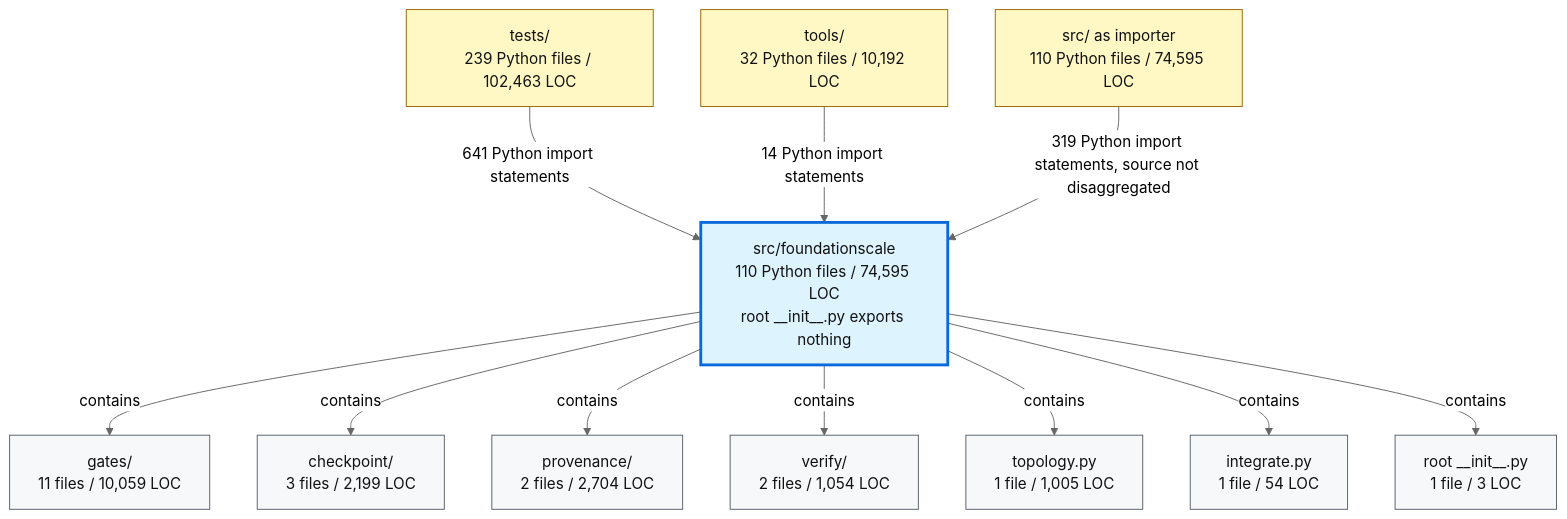
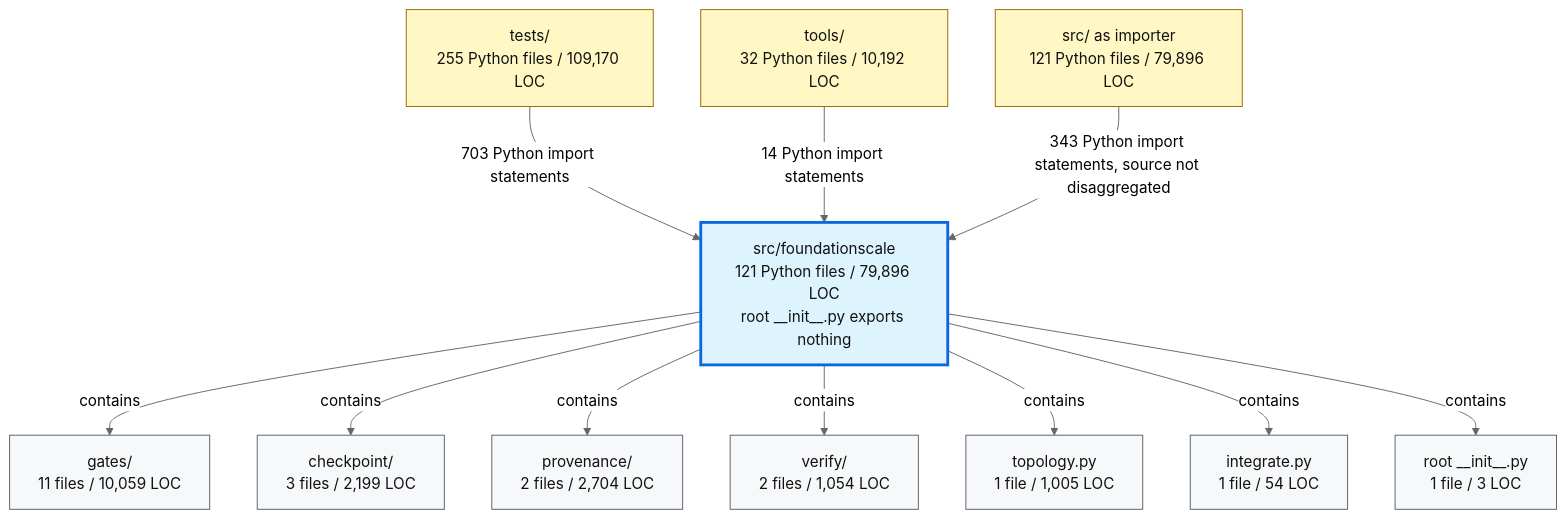
The second of 2 diagrams in docs/review/D2_current_architecture.md (TranNhiem/FoundationScale), drawn with Mermaid (neutral theme) before and after one commit. The commit also changed other lines of this file and 10 other files, not shown here.

````diff
--- a/docs/review/D2_current_architecture.md
+++ b/docs/review/D2_current_architecture.md
@@ -97,36 +97,36 @@
 ```mermaid
 flowchart TB
-  TESTS["tests/<br/>239 Python files / 102,463 LOC"]
+  TESTS["tests/<br/>255 Python files / 109,170 LOC"]
   TOOLS["tools/<br/>32 Python files / 10,192 LOC"]
-  SRC["src/ as importer<br/>110 Python files / 74,595 LOC"]
+  SRC["src/ as importer<br/>121 Python files / 79,896 LOC"]
 
-  FS["src/foundationscale<br/>110 Python files / 74,595 LOC<br/>root __init__.py exports nothing"]
+  FS["src/foundationscale<br/>121 Python files / 79,896 LOC<br/>root __init__.py exports nothing"]
 
   GATES["gates/<br/>11 files / 10,059 LOC"]
   CKPT["checkpoint/<br/>3 files / 2,199 LOC"]
   PROV["provenance/<br/>2 files / 2,704 LOC"]
   VERIFY["verify/<br/>2 files / 1,054 LOC"]
   TOPO["topology.py<br/>1 file / 1,005 LOC"]
   INTEG["integrate.py<br/>1 file / 54 LOC"]
   ROOT["root __init__.py<br/>1 file / 3 LOC"]
 
-  TESTS -->|"641 Python import statements"| FS
+  TESTS -->|"703 Python import statements"| FS
   TOOLS -->|"14 Python import statements"| FS
-  SRC -->|"319 Python import statements, source not disaggregated"| FS
+  SRC -->|"343 Python import statements, source not disaggregated"| FS
 
   FS -->|"contains"| GATES
   FS -->|"contains"| CKPT
   FS -->|"contains"| PROV
   FS -->|"contains"| VERIFY
   FS -->|"contains"| TOPO
   FS -->|"contains"| INTEG
   FS -->|"contains"| ROOT
 
   classDef consumer fill:#fff8c5,stroke:#9a6700,color:#111;
   classDef package fill:#ddf4ff,stroke:#0969da,stroke-width:3px,color:#111;
   classDef module fill:#f6f8fa,stroke:#57606a,color:#111;
 
   class TESTS,TOOLS,SRC consumer;
   class FS package;
   class GATES,CKPT,PROV,VERIFY,TOPO,INTEG,ROOT module;
 ```
````
